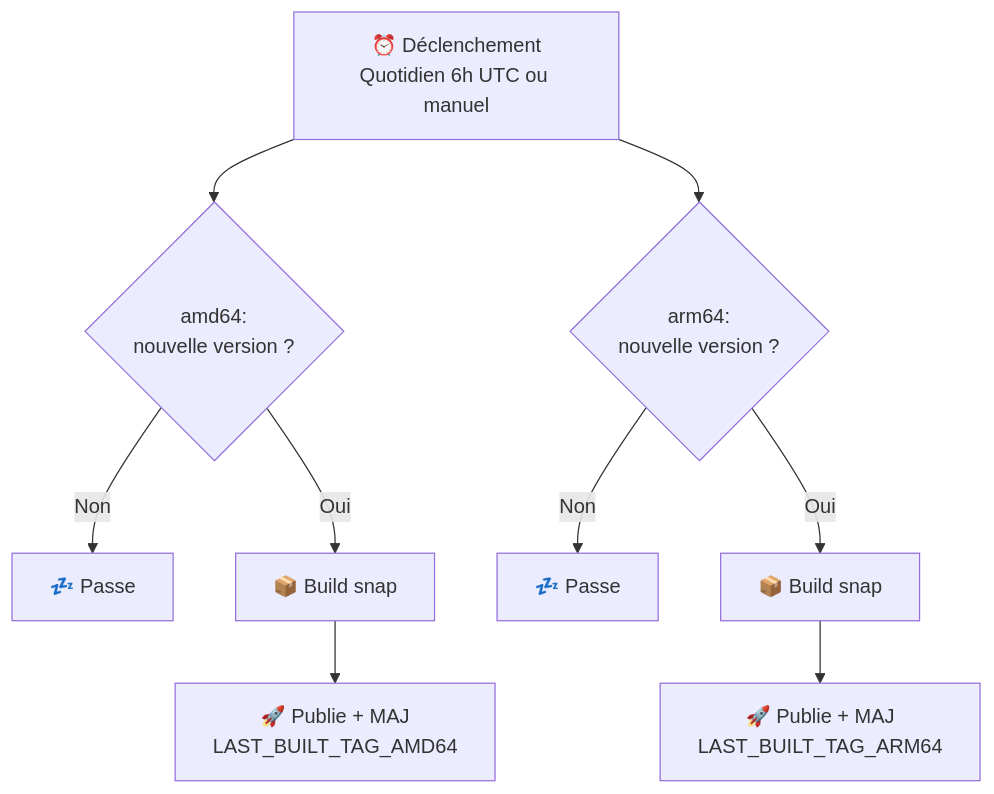
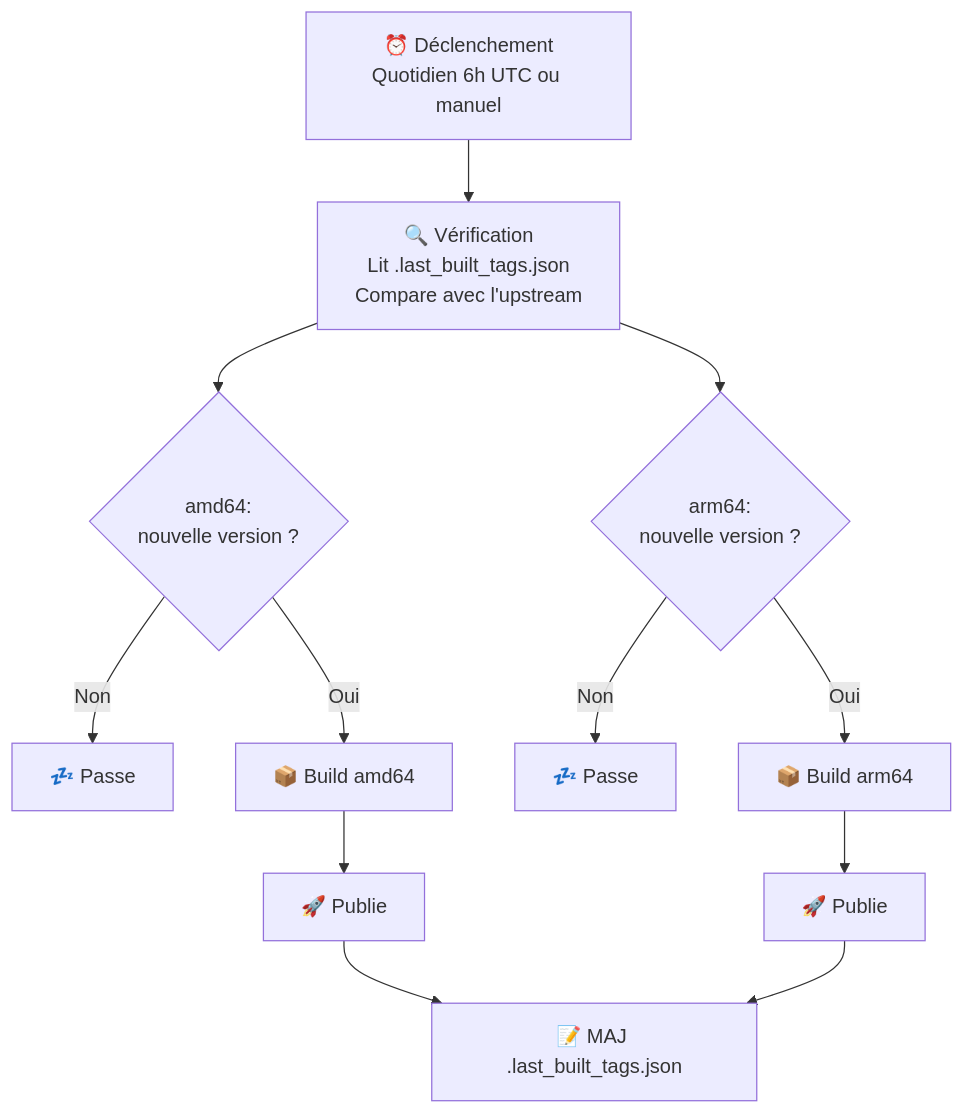
One commit to Le-Syl21/ares-snap changed the second of 2 diagrams in README.md. Above: the diagram before and after it, drawn with Mermaid. The commit also changed other lines of this file, not shown here.

````diff
--- a/README.md
+++ b/README.md
@@ -181,15 +192,20 @@
 ```mermaid
 flowchart TB
     A[⏰ Déclenchement<br/>Quotidien 6h UTC ou manuel]
 
-    A --> B1{amd64:<br/>nouvelle version ?}
-    A --> B2{arm64:<br/>nouvelle version ?}
+    A --> B[🔍 Vérification<br/>Lit .last_built_tags.json<br/>Compare avec l'upstream]
 
-    B1 -->|Non| Z1[💤 Passe]
-    B1 -->|Oui| C1[📦 Build snap]
-    C1 --> D1[🚀 Publie + MAJ<br/>LAST_BUILT_TAG_AMD64]
+    B --> C1{amd64:<br/>nouvelle version ?}
+    B --> C2{arm64:<br/>nouvelle version ?}
 
-    B2 -->|Non| Z2[💤 Passe]
-    B2 -->|Oui| C2[📦 Build snap]
-    C2 --> D2[🚀 Publie + MAJ<br/>LAST_BUILT_TAG_ARM64]
+    C1 -->|Non| Z1[💤 Passe]
+    C1 -->|Oui| D1[📦 Build amd64]
+    D1 --> E1[🚀 Publie]
+
+    C2 -->|Non| Z2[💤 Passe]
+    C2 -->|Oui| D2[📦 Build arm64]
+    D2 --> E2[🚀 Publie]
+
+    E1 --> F[📝 MAJ .last_built_tags.json]
+    E2 --> F
 ```
````
